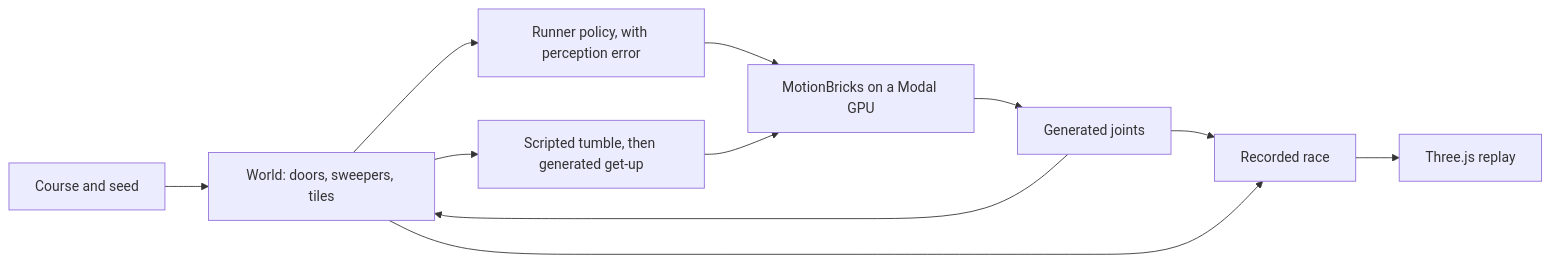
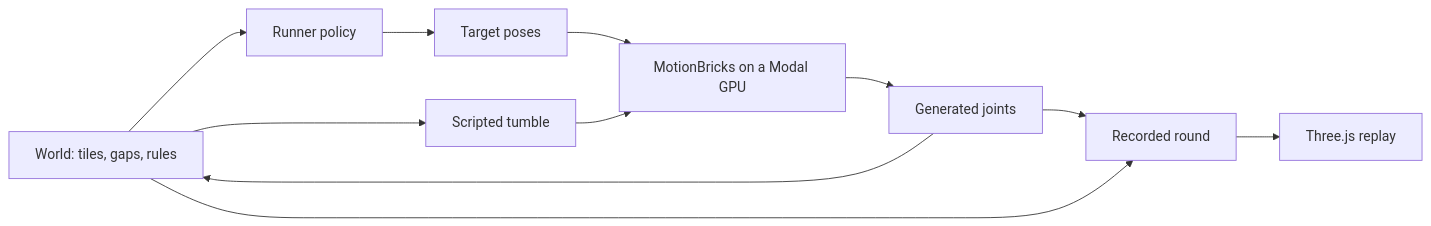
One commit to EnesYilmazcode/MotionGuys changed the first of 2 diagrams in README.md. Above: the diagram before and after it, drawn with Mermaid. The commit also changed other lines of this file and 4 other files, not shown here.

Commit message:
Rebuild the README around Spleef, with diagrams

````diff
--- a/README.md
+++ b/README.md
@@ -22,13 +22,13 @@
 ```mermaid
 flowchart LR
-  C["Course and seed"] --> W["World: doors, sweepers, tiles"]
-  W --> P["Runner policy, with perception error"]
-  P --> M["MotionBricks on a Modal GPU"]
+  W["World: tiles, gaps, rules"] --> P["Runner policy"]
+  P --> T["Target poses"]
+  T --> M["MotionBricks on a Modal GPU"]
   M --> J["Generated joints"]
   J --> W
-  W --> K["Scripted tumble, then generated get-up"]
+  W --> K["Scripted tumble"]
   K --> M
-  J --> R["Recorded race"]
+  J --> R["Recorded round"]
   W --> R
   R --> V["Three.js replay"]
 ```
````
